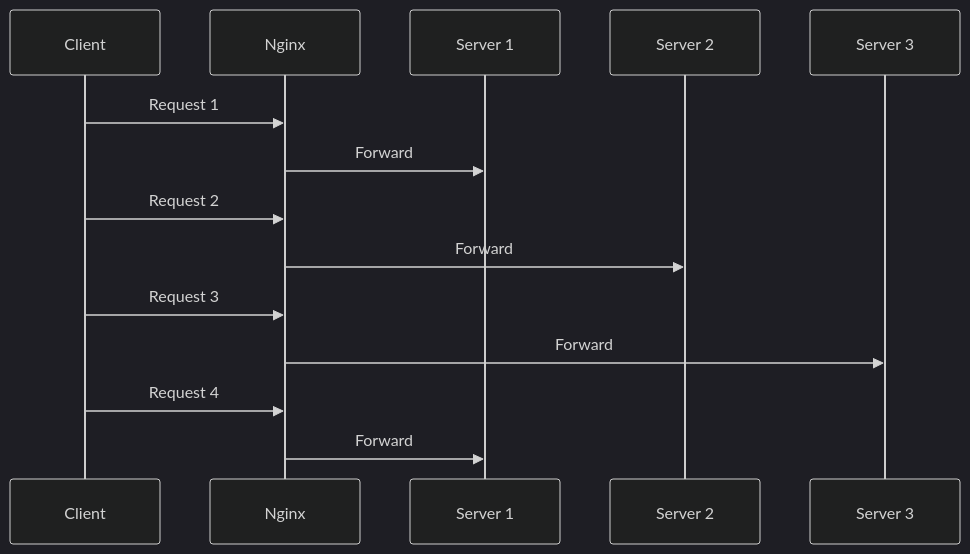
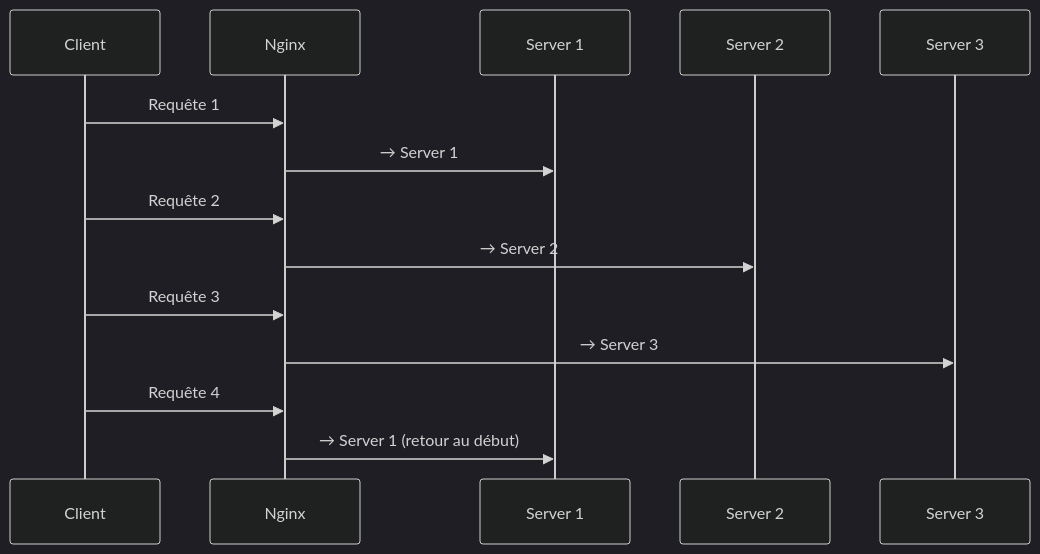
One commit to haythem-rehouma/deploiement-de-solutions-de-donnees changed the second of 8 diagrams in 04-docker-swarm-nginx/10-nginx-load-balancer-securite.md. Above: the diagram before and after it, drawn with Mermaid (dark theme). The commit also changed other lines of this file and 9 other files, not shown here.

````diff
--- a/04-docker-swarm-nginx/10-nginx-load-balancer-securite.md
+++ b/04-docker-swarm-nginx/10-nginx-load-balancer-securite.md
@@ -60,17 +85,17 @@
 ```mermaid
 sequenceDiagram
     participant C as Client
     participant N as Nginx
     participant S1 as Server 1
     participant S2 as Server 2
     participant S3 as Server 3
     
-    C->>N: Request 1
-    N->>S1: Forward
-    C->>N: Request 2
-    N->>S2: Forward
-    C->>N: Request 3
-    N->>S3: Forward
-    C->>N: Request 4
-    N->>S1: Forward
+    C->>N: Requête 1
+    N->>S1: → Server 1
+    C->>N: Requête 2
+    N->>S2: → Server 2
+    C->>N: Requête 3
+    N->>S3: → Server 3
+    C->>N: Requête 4
+    N->>S1: → Server 1 (retour au début)
 ```
````
